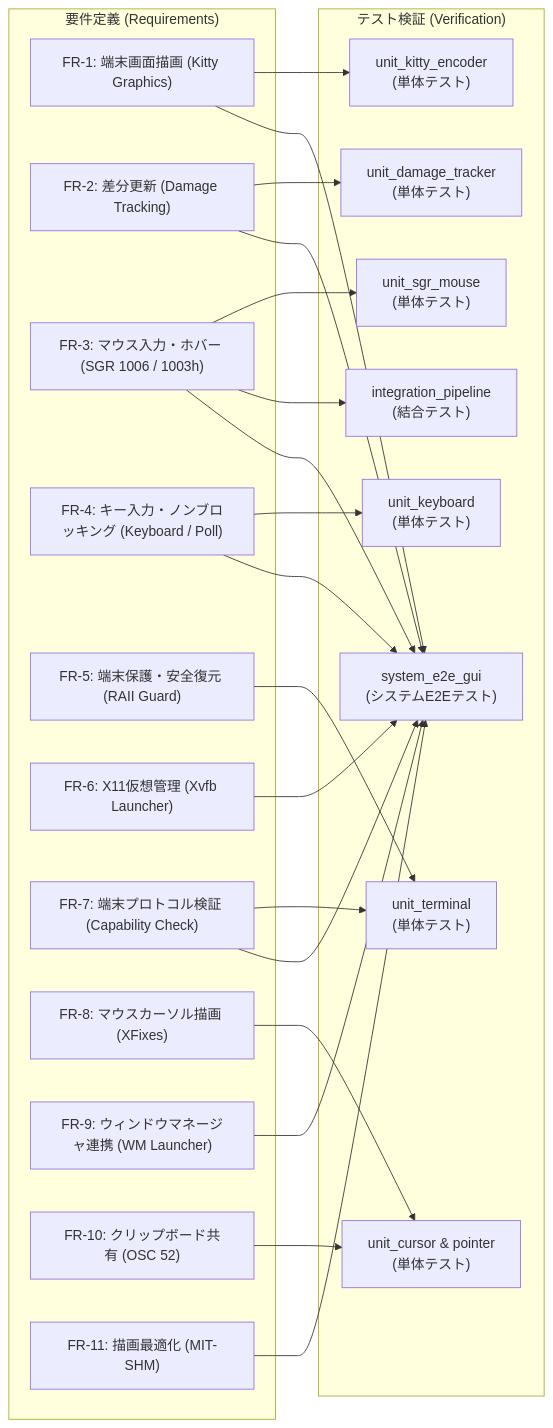
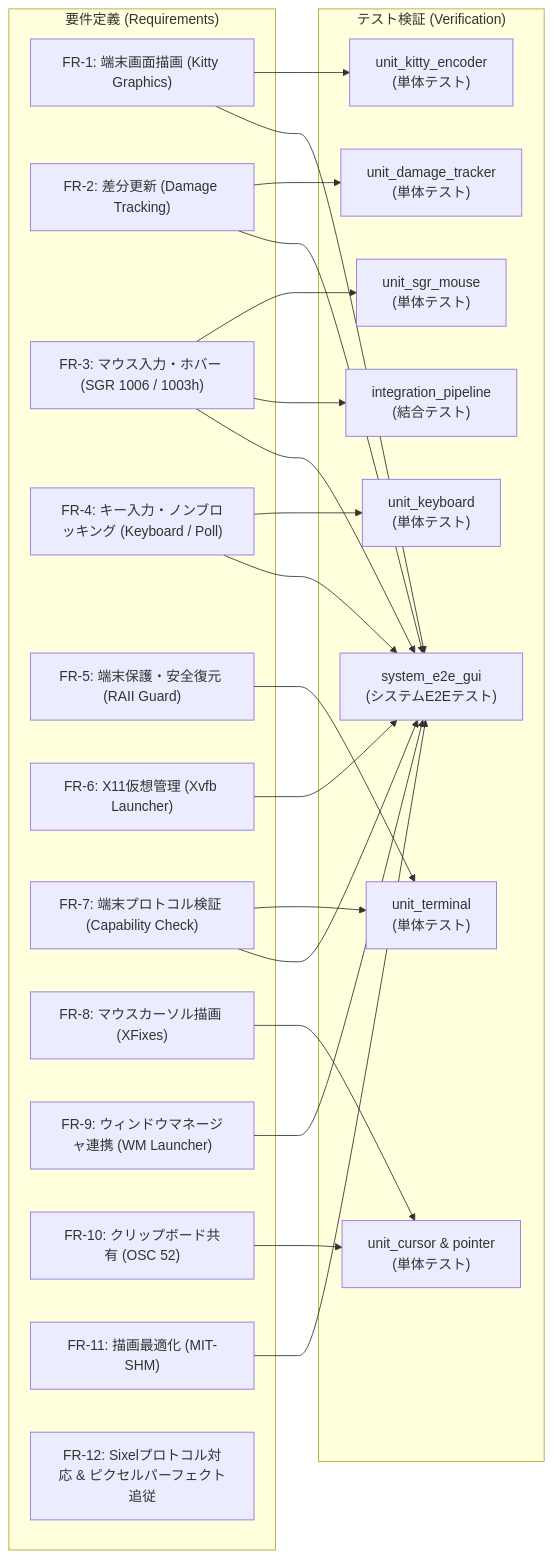
Before and after one commit to totatake/termway: the diagram in docs/SPECIFICATION.md, drawn with Mermaid. The commit also changed other lines of this file and 1 other file, not shown here.

````diff
--- a/docs/SPECIFICATION.md
+++ b/docs/SPECIFICATION.md
@@ -9,45 +9,46 @@
 ```mermaid
 flowchart LR
     subgraph Requirements["要件定義 (Requirements)"]
         FR1["FR-1: 端末画面描画 (Kitty Graphics)"]
         FR2["FR-2: 差分更新 (Damage Tracking)"]
         FR3["FR-3: マウス入力・ホバー (SGR 1006 / 1003h)"]
         FR4["FR-4: キー入力・ノンブロッキング (Keyboard / Poll)"]
         FR5["FR-5: 端末保護・安全復元 (RAII Guard)"]
         FR6["FR-6: X11仮想管理 (Xvfb Launcher)"]
         FR7["FR-7: 端末プロトコル検証 (Capability Check)"]
         FR8["FR-8: マウスカーソル描画 (XFixes)"]
         FR9["FR-9: ウィンドウマネージャ連携 (WM Launcher)"]
         FR10["FR-10: クリップボード共有 (OSC 52)"]
         FR11["FR-11: 描画最適化 (MIT-SHM)"]
+        FR12["FR-12: Sixelプロトコル対応 & ピクセルパーフェクト追従"]
     end
 
     subgraph Verification["テスト検証 (Verification)"]
         T_Sys["system_e2e_gui<br/>(システムE2Eテスト)"]
         T_Integ["integration_pipeline<br/>(結合テスト)"]
         T_Mouse["unit_sgr_mouse<br/>(単体テスト)"]
         T_Kitty["unit_kitty_encoder<br/>(単体テスト)"]
         T_Term["unit_terminal<br/>(単体テスト)"]
         T_Damage["unit_damage_tracker<br/>(単体テスト)"]
         T_Key["unit_keyboard<br/>(単体テスト)"]
         T_Cursor["unit_cursor & pointer<br/>(単体テスト)"]
     end
 
     FR1 --> T_Kitty
     FR1 --> T_Sys
     FR2 --> T_Damage
     FR2 --> T_Sys
     FR3 --> T_Mouse
     FR3 --> T_Integ
     FR3 --> T_Sys
     FR4 --> T_Key
     FR4 --> T_Sys
     FR5 --> T_Term
     FR6 --> T_Sys
     FR7 --> T_Term
     FR7 --> T_Sys
     FR8 --> T_Cursor
     FR9 --> T_Sys
     FR10 --> T_Cursor
     FR11 --> T_Sys
 ```
````
